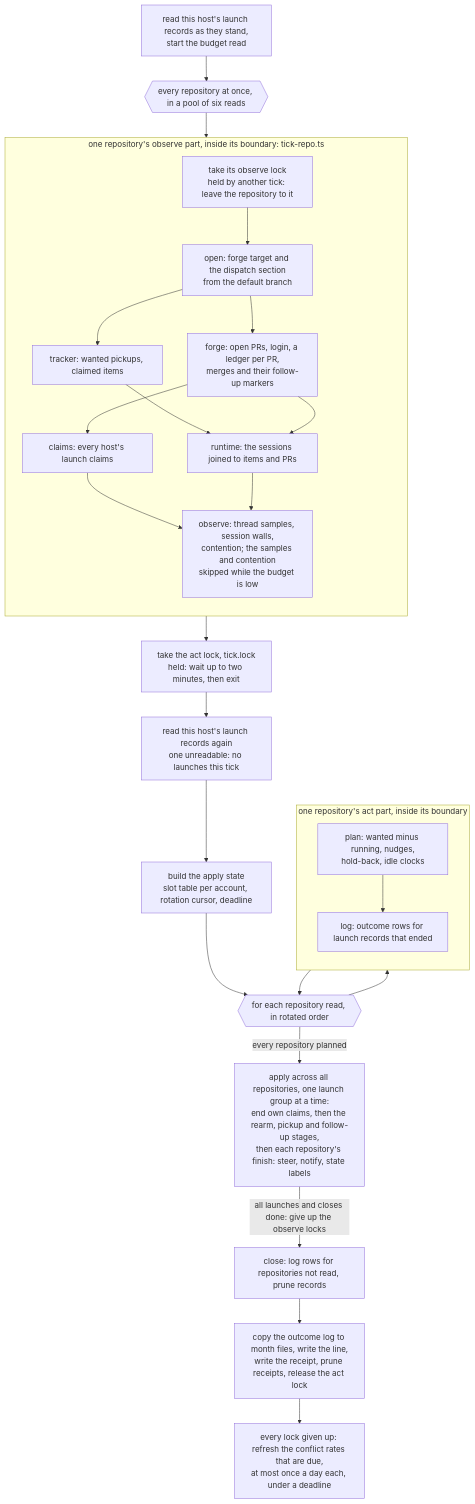
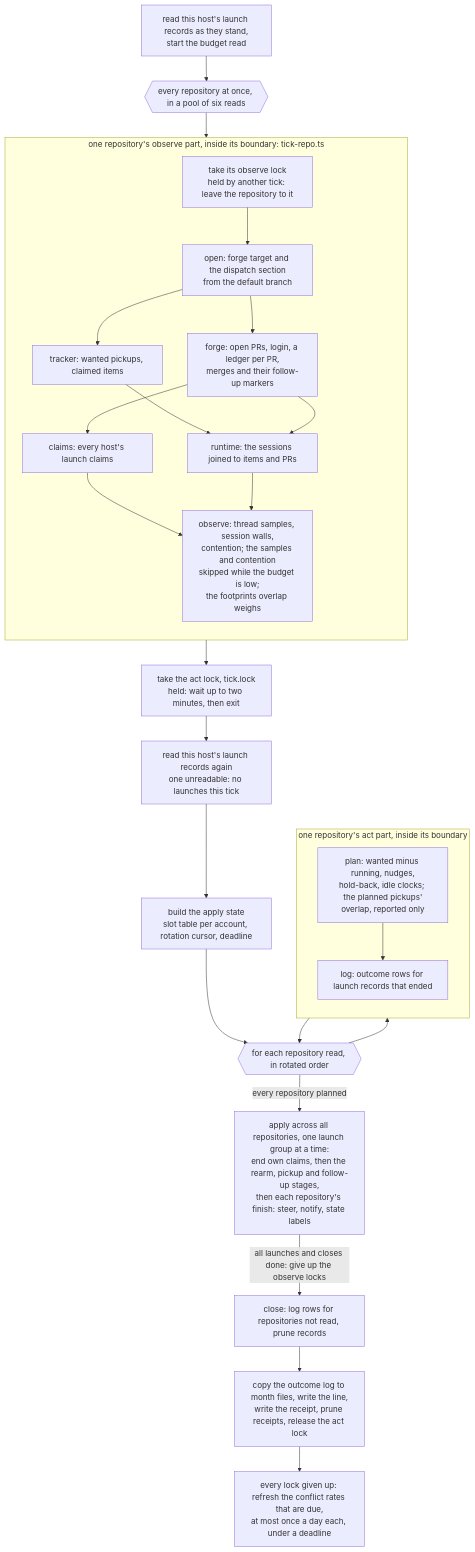
One commit to jig-harness/jig changed the second of 2 diagrams in design/dark-factory-dispatch.md. Above: the diagram before and after it, drawn with Mermaid. The commit also changed other lines of this file and 9 other files, not shown here.

First line of the commit message:
docs(dispatch): document dispatch.overlap and overlap reported

````diff
--- a/design/dark-factory-dispatch.md
+++ b/design/dark-factory-dispatch.md
@@ -101,35 +106,35 @@
 ```mermaid
 flowchart TD
   S0[read this host's launch records as they stand,<br/>start the budget read] --> OBS{{every repository at once, in a pool of six reads}}
   subgraph repo [one repository's observe part, inside its boundary: tick-repo.ts]
     direction TB
     OL[take its observe lock<br/>held by another tick: leave the repository to it]
     O1[open: forge target and the dispatch section<br/>from the default branch]
     O2[tracker: wanted pickups, claimed items]
     O3[forge: open PRs, login, a ledger per PR,<br/>merges and their follow-up markers]
     O3b[claims: every host's launch claims]
     O4[runtime: the sessions joined to items and PRs]
-    C[observe: thread samples, session walls,<br/>contention; the samples and contention<br/>skipped while the budget is low]
+    C[observe: thread samples, session walls,<br/>contention; the samples and contention<br/>skipped while the budget is low;<br/>the footprints overlap weighs]
     OL --> O1 --> O2 & O3
     O3 --> O3b
     O2 & O3 --> O4
     O3b & O4 --> C
   end
   OBS --> repo
   repo --> AL[take the act lock, tick.lock<br/>held: wait up to two minutes, then exit]
   AL --> R[read this host's launch records again<br/>one unreadable: no launches this tick]
   R --> A[build the apply state<br/>slot table per account, rotation cursor, deadline]
   A --> LOOP{{for each repository read, in rotated order}}
   subgraph act [one repository's act part, inside its boundary]
     direction TB
-    P[plan: wanted minus running, nudges,<br/>hold-back, idle clocks]
+    P[plan: wanted minus running, nudges,<br/>hold-back, idle clocks; the planned pickups'<br/>overlap, reported only]
     G[log: outcome rows for launch records that ended]
     P --> G
   end
   LOOP --> act
   act --> LOOP
   LOOP -->|every repository planned| X[apply across all repositories, one launch group at a time:<br/>end own claims, then the rearm, pickup and follow-up stages,<br/>then each repository's finish: steer, notify, state labels]
   X -->|all launches and closes done: give up the observe locks| CL[close: log rows for repositories not read, prune records]
   CL --> E[copy the outcome log to month files, write the line,<br/>write the receipt, prune receipts, release the act lock]
   E --> RR[every lock given up: refresh the conflict rates that are due,<br/>at most once a day each, under a deadline]
 ```
````
